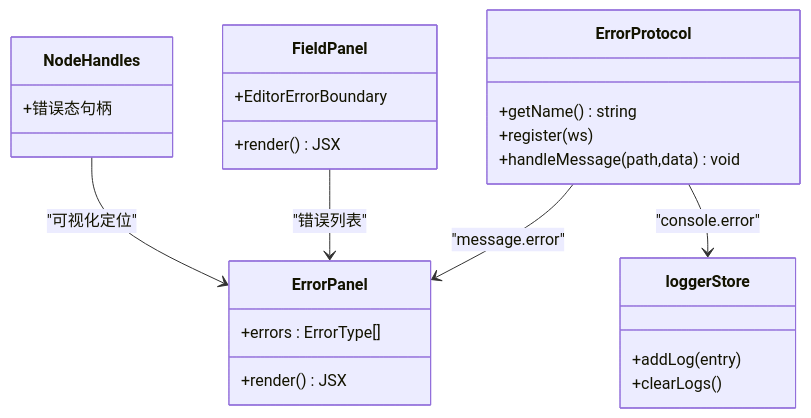
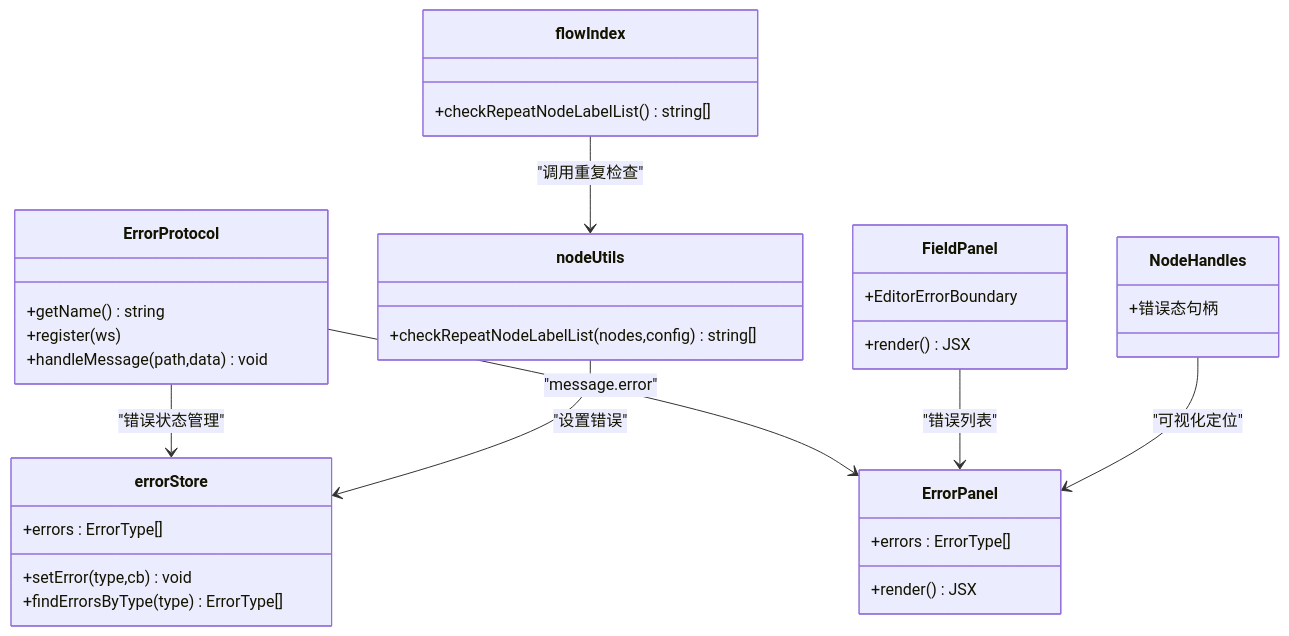
Before and after one commit to kqcoxn/MaaPipelineEditor: the fourth of 6 diagrams in .qoder/repowiki/zh/content/调试与诊断/错误诊断.md, drawn with Mermaid. The commit also changed other lines of this file and 16 other files, not shown here.

````diff
--- a/.qoder/repowiki/zh/content/调试与诊断/错误诊断.md
+++ b/.qoder/repowiki/zh/content/调试与诊断/错误诊断.md
@@ -224,27 +269,36 @@
 ```mermaid
 classDiagram
 class ErrorProtocol {
 +getName() string
 +register(ws)
 +handleMessage(path,data) void
 }
 class ErrorPanel {
 +errors : ErrorType[]
 +render() JSX
 }
 class FieldPanel {
 +EditorErrorBoundary
 +render() JSX
 }
 class NodeHandles {
 +错误态句柄
 }
-class loggerStore {
-+addLog(entry)
-+clearLogs()
+class errorStore {
++errors : ErrorType[]
++setError(type,cb) void
++findErrorsByType(type) ErrorType[]
+}
+class flowIndex {
++checkRepeatNodeLabelList() string[]
+}
+class nodeUtils {
++checkRepeatNodeLabelList(nodes,config) string[]
 }
 ErrorProtocol --> ErrorPanel : "message.error"
-ErrorProtocol --> loggerStore : "console.error"
+ErrorProtocol --> errorStore : "错误状态管理"
 FieldPanel --> ErrorPanel : "错误列表"
 NodeHandles --> ErrorPanel : "可视化定位"
+flowIndex --> nodeUtils : "调用重复检查"
+nodeUtils --> errorStore : "设置错误"
 ```
````
